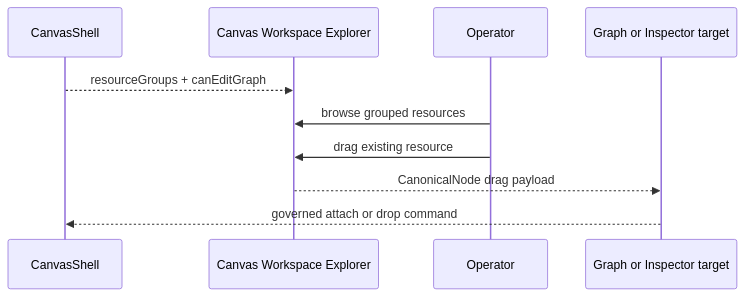
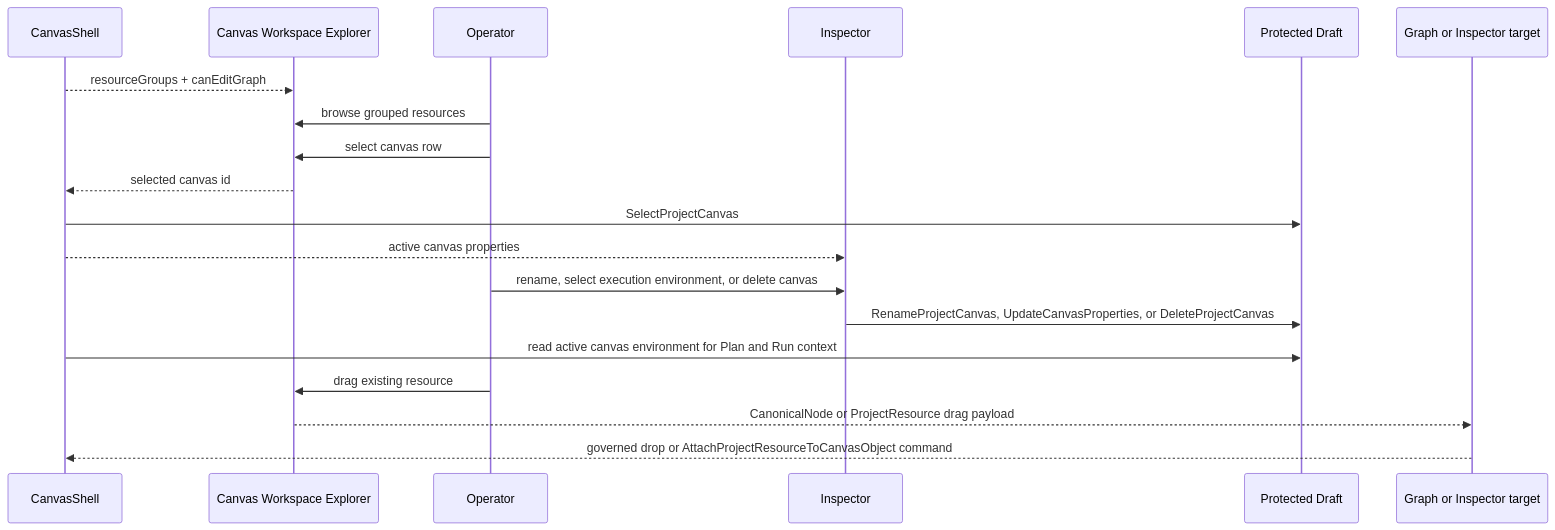
The second of 2 diagrams in docs/architecture/components/web/graph/canvas-workspace-explorer-component.md (dunay2/dvt), drawn with Mermaid before and after one commit. The commit also changed other lines of this file and 80 other files, not shown here.

Commit message:
feat(web): Add product shell canvas integration

````diff
--- a/docs/architecture/components/web/graph/canvas-workspace-explorer-component.md
+++ b/docs/architecture/components/web/graph/canvas-workspace-explorer-component.md
@@ -91,13 +117,22 @@
 ```mermaid
 sequenceDiagram
   participant Shell as CanvasShell
   participant Explorer as Canvas Workspace Explorer
   participant User as Operator
+  participant Inspector as Inspector
+  participant Draft as Protected Draft
   participant Drop as Graph or Inspector target
 
   Shell-->>Explorer: resourceGroups + canEditGraph
   User->>Explorer: browse grouped resources
+  User->>Explorer: select canvas row
+  Explorer-->>Shell: selected canvas id
+  Shell->>Draft: SelectProjectCanvas
+  Shell-->>Inspector: active canvas properties
+  User->>Inspector: rename, select execution environment, or delete canvas
+  Inspector->>Draft: RenameProjectCanvas, UpdateCanvasProperties, or DeleteProjectCanvas
+  Shell->>Draft: read active canvas environment for Plan and Run context
   User->>Explorer: drag existing resource
-  Explorer-->>Drop: CanonicalNode drag payload
-  Drop-->>Shell: governed attach or drop command
+  Explorer-->>Drop: CanonicalNode or ProjectResource drag payload
+  Drop-->>Shell: governed drop or AttachProjectResourceToCanvasObject command
 ```
````
